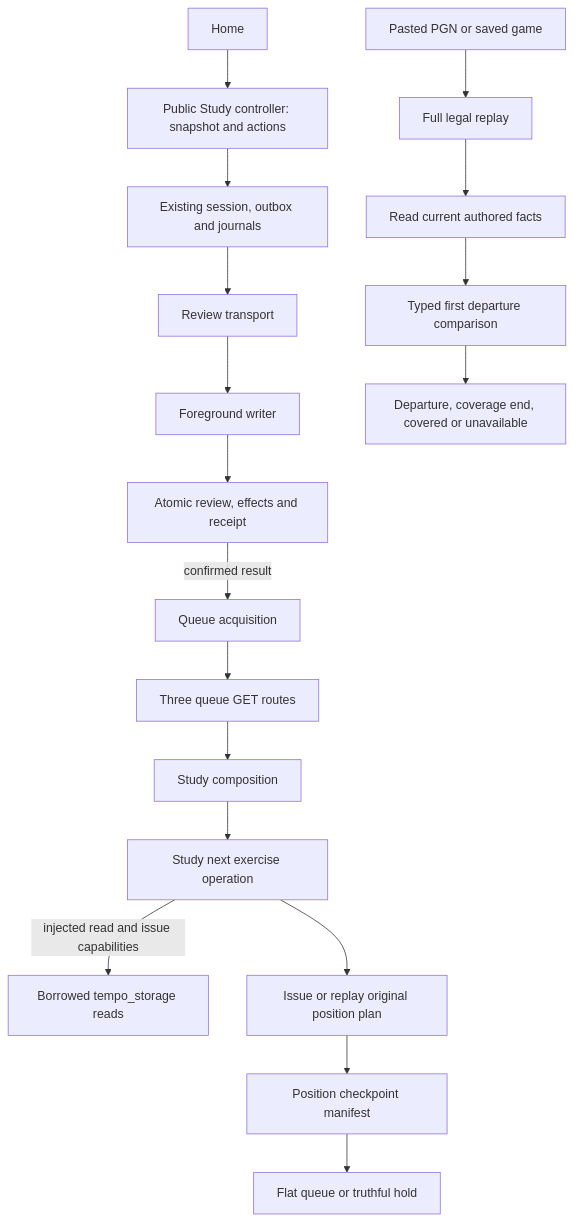
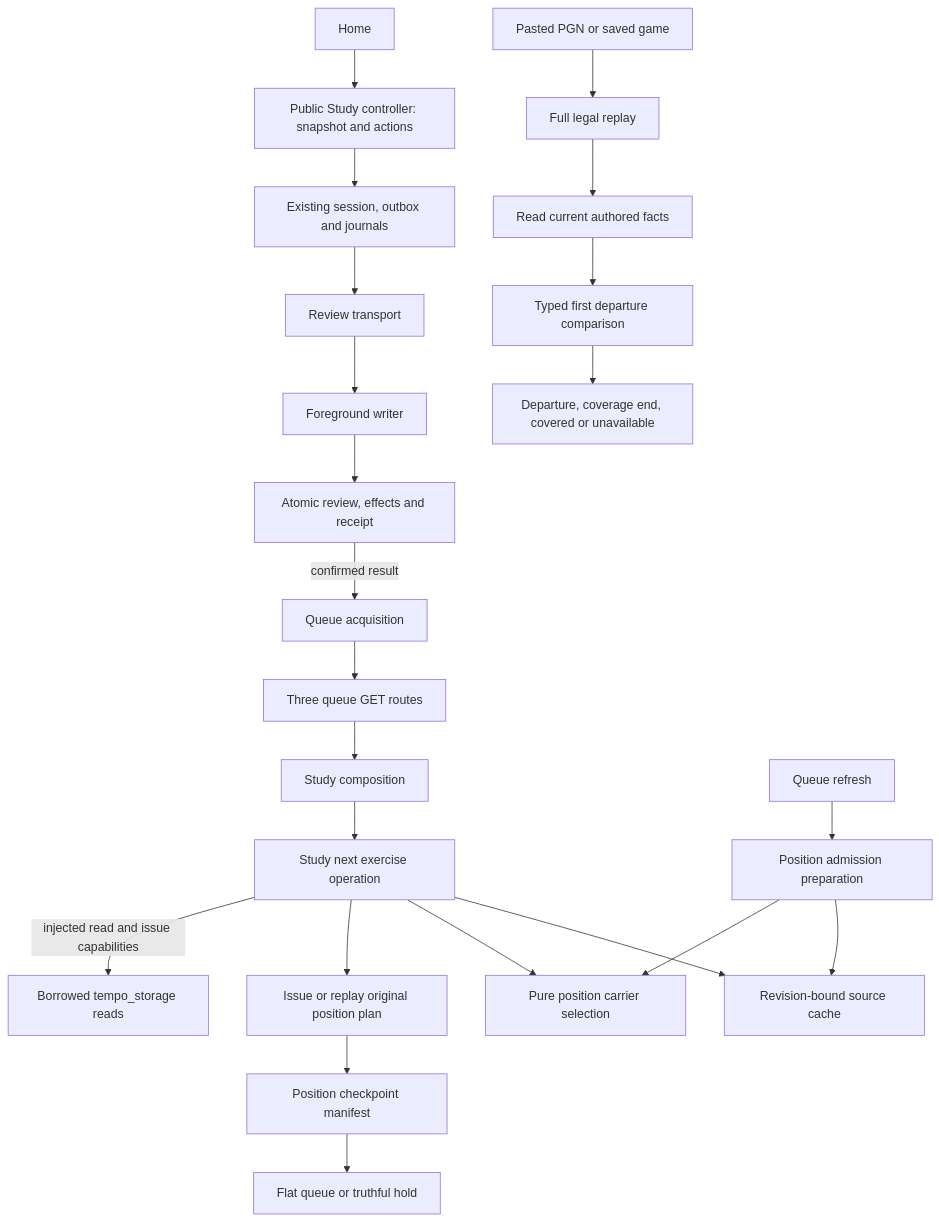
One commit to aaweaver-actuary/tempo changed the diagram in docs/architecture/diagrams/study-games.md. Above: the diagram before and after it, drawn with Mermaid. The commit also changed other lines of this file and 6 other files, not shown here.

Commit message:
Extract shared position carrier policy

````diff
--- a/docs/architecture/diagrams/study-games.md
+++ b/docs/architecture/diagrams/study-games.md
@@ -5,20 +5,25 @@
 ```mermaid
 flowchart TD
   Home[Home] --> Controller[Public Study controller: snapshot and actions]
   Controller --> Session[Existing session, outbox and journals]
   Session --> Transport[Review transport]
   Transport --> Writer[Foreground writer]
   Writer --> Receipt[Atomic review, effects and receipt]
   Receipt -->|confirmed result| Acquire[Queue acquisition]
   Acquire --> Routes[Three queue GET routes]
   Routes --> Compose[Study composition]
   Compose --> Next[Study next exercise operation]
   Next -->|injected read and issue capabilities| Reads[Borrowed tempo_storage reads]
   Next --> Issue[Issue or replay original position plan]
+  Next --> Carrier[Pure position carrier selection]
+  Refresh[Queue refresh] --> Admission[Position admission preparation]
+  Admission --> Carrier
+  Admission --> SourceCache[Revision-bound source cache]
+  Next --> SourceCache
   Issue --> Manifest[Position checkpoint manifest]
   Manifest --> Queue[Flat queue or truthful hold]
   PGN[Pasted PGN or saved game] --> Replay[Full legal replay]
   Replay --> Facts[Read current authored facts]
   Facts --> Compare[Typed first departure comparison]
   Compare --> Result[Departure, coverage end, covered or unavailable]
 ```
````
